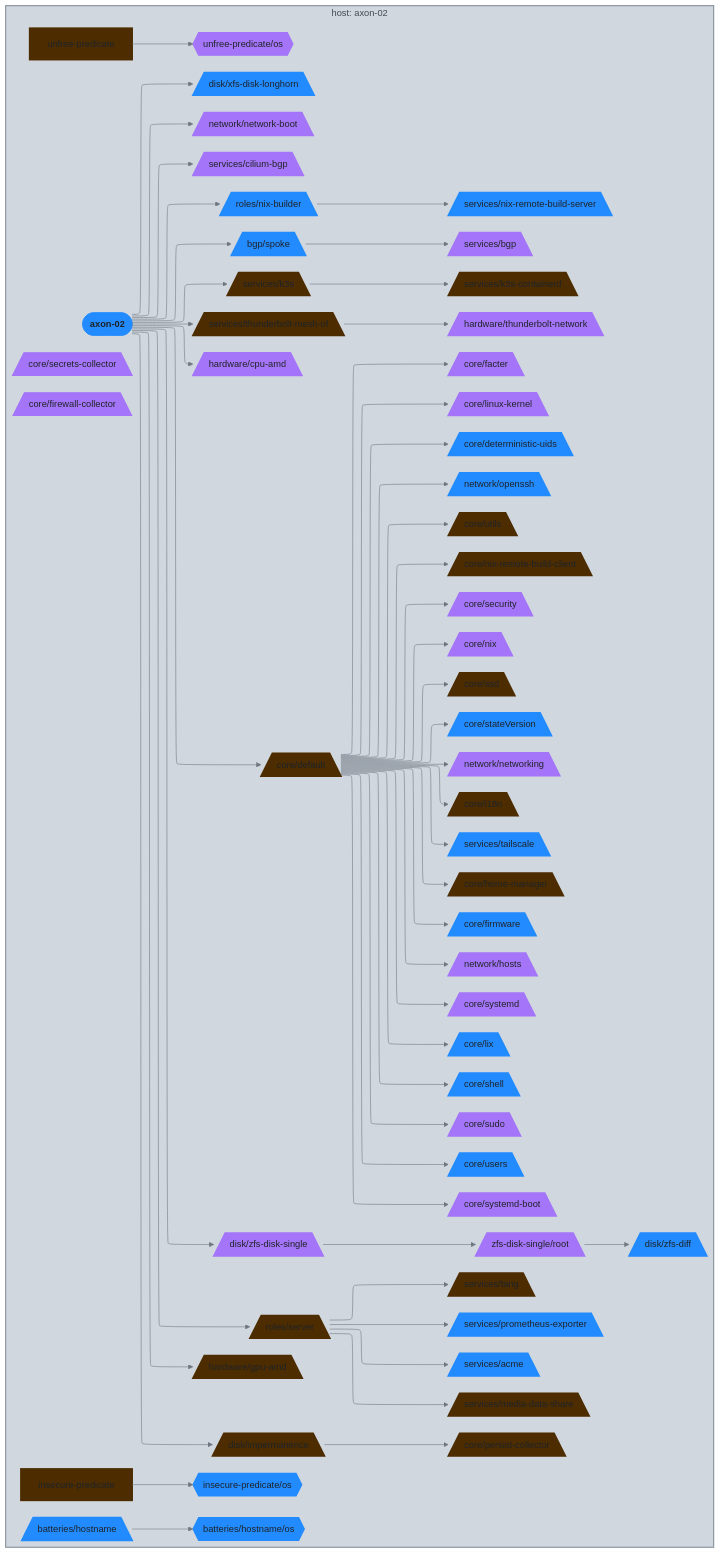
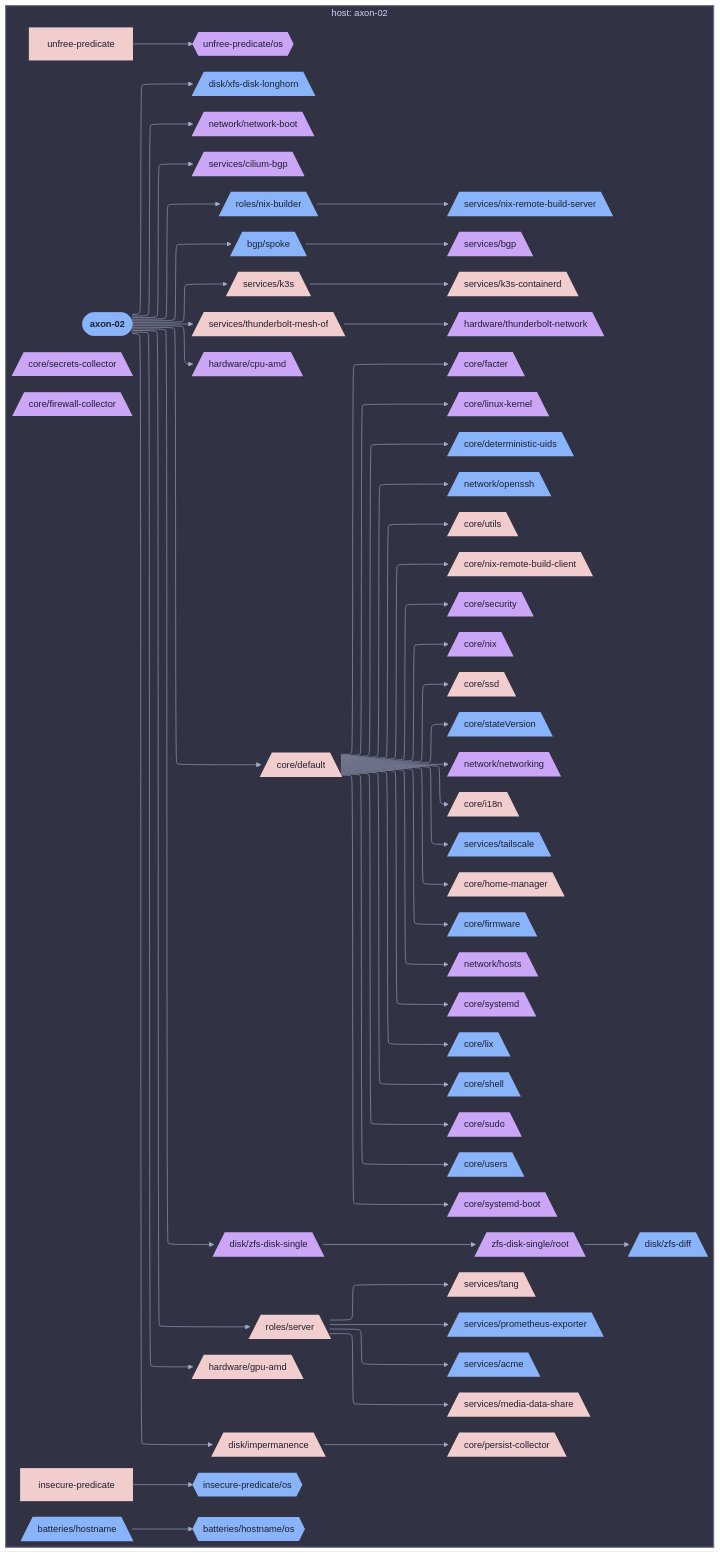
Before and after one commit to sini/nix-config: the diagram in diagrams/hosts/axon-02/class-nixos.md, drawn with Mermaid. The commit also changed 142 other files, not shown here.

First line of the commit message:
feat(diagrams): use projectScope for per-host/user views

````diff
--- a/diagrams/hosts/axon-02/class-nixos.md
+++ b/diagrams/hosts/axon-02/class-nixos.md
@@ -5,5 +5,5 @@
 ```mermaid
-%%{init: {"elk":{"mergeEdges":true,"nodePlacementStrategy":"BRANDES_KOEPF"},"flowchart":{"wrappingWidth":600},"layout":"elk","theme":"base","themeVariables":{"activationBkgColor":"#d0d7de","activationBorderColor":"#8c959f","actorBkg":"#d0d7de","actorBorder":"#6e7781","actorLineColor":"#6e7781","actorTextColor":"#424a53","background":"#eaeef2","classText":"#424a53","clusterBkg":"#d0d7de","clusterBorder":"#8c959f","edgeLabelBackground":"#eaeef2","labelBoxBkgColor":"#d0d7de","labelBoxBorderColor":"#6e7781","labelTextColor":"#424a53","lineColor":"#6e7781","loopTextColor":"#424a53","mainBkg":"#d0d7de","nodeBkg":"#d0d7de","nodeBorder":"#6e7781","nodeTextColor":"#424a53","noteBkgColor":"#d0d7de","noteBorderColor":"#8c959f","noteTextColor":"#424a53","pie1":"#fa4549","pie2":"#e16f24","pie3":"#bf8700","pie4":"#2da44e","pie5":"#339D9B","pie6":"#218bff","pie7":"#a475f9","pie8":"#4d2d00","pieLegendTextColor":"#424a53","pieOuterStrokeColor":"#8c959f","pieSectionTextColor":"#424a53","pieStrokeColor":"#8c959f","pieTitleTextColor":"#424a53","primaryBorderColor":"#6e7781","primaryColor":"#d0d7de","primaryTextColor":"#424a53","secondBkg":"#d0d7de","secondaryBorderColor":"#8c959f","secondaryColor":"#d0d7de","secondaryTextColor":"#424a53","sequenceNumberColor":"#eaeef2","signalColor":"#6e7781","signalTextColor":"#424a53","tertiaryBorderColor":"#8c959f","tertiaryColor":"#d0d7de","tertiaryTextColor":"#424a53","textColor":"#424a53","titleColor":"#424a53"}}}%%
+%%{init: {"elk":{"mergeEdges":true,"nodePlacementStrategy":"BRANDES_KOEPF"},"flowchart":{"wrappingWidth":600},"layout":"elk","theme":"base","themeVariables":{"activationBkgColor":"#313244","activationBorderColor":"#6c7086","actorBkg":"#313244","actorBorder":"#a6adc8","actorLineColor":"#a6adc8","actorTextColor":"#cdd6f4","background":"#1e1e2e","classText":"#cdd6f4","clusterBkg":"#313244","clusterBorder":"#6c7086","edgeLabelBackground":"#1e1e2e","labelBoxBkgColor":"#313244","labelBoxBorderColor":"#a6adc8","labelTextColor":"#cdd6f4","lineColor":"#a6adc8","loopTextColor":"#cdd6f4","mainBkg":"#313244","nodeBkg":"#313244","nodeBorder":"#a6adc8","nodeTextColor":"#cdd6f4","noteBkgColor":"#313244","noteBorderColor":"#6c7086","noteTextColor":"#cdd6f4","pie1":"#f38ba8","pie2":"#fab387","pie3":"#f9e2af","pie4":"#a6e3a1","pie5":"#94e2d5","pie6":"#89b4fa","pie7":"#cba6f7","pie8":"#f2cdcd","pieLegendTextColor":"#cdd6f4","pieOuterStrokeColor":"#6c7086","pieSectionTextColor":"#cdd6f4","pieStrokeColor":"#6c7086","pieTitleTextColor":"#cdd6f4","primaryBorderColor":"#a6adc8","primaryColor":"#313244","primaryTextColor":"#cdd6f4","secondBkg":"#313244","secondaryBorderColor":"#6c7086","secondaryColor":"#313244","secondaryTextColor":"#cdd6f4","sequenceNumberColor":"#1e1e2e","signalColor":"#a6adc8","signalTextColor":"#cdd6f4","tertiaryBorderColor":"#6c7086","tertiaryColor":"#313244","tertiaryTextColor":"#cdd6f4","textColor":"#cdd6f4","titleColor":"#cdd6f4"}}}%%
 graph LR
   axon_02([axon-02]):::root
 
@@ -114,67 +114,67 @@
   end
 
 
-  classDef root fill:#218bff,stroke:#218bff,color:#1f2328,font-weight:bold
-  classDef services__acme_c fill:#218bff,stroke:#218bff,color:#1f2328,stroke-width:3px
-  classDef axon_02_c fill:#a475f9,stroke:#a475f9,color:#1f2328,stroke-width:3px
-  classDef services__bgp_c fill:#a475f9,stroke:#a475f9,color:#1f2328,stroke-width:3px
-  classDef services__cilium_bgp_c fill:#a475f9,stroke:#a475f9,color:#1f2328,stroke-width:3px
-  classDef core_c fill:#bf8700,stroke:#bf8700,color:#1f2328,stroke-dasharray: 3 3,stroke-width:1px
-  classDef hardware__cpu_amd_c fill:#a475f9,stroke:#a475f9,color:#1f2328,stroke-width:3px
-  classDef core__default_c fill:#4d2d00,stroke:#4d2d00,color:#1f2328,stroke-width:3px
-  classDef core__deterministic_uids_c fill:#218bff,stroke:#218bff,color:#1f2328,stroke-width:3px
-  classDef disk_c fill:#2da44e,stroke:#2da44e,color:#1f2328,stroke-dasharray: 3 3,stroke-width:1px
-  classDef core__facter_c fill:#a475f9,stroke:#a475f9,color:#1f2328,stroke-width:3px
-  classDef core__firewall_collector_c fill:#a475f9,stroke:#a475f9,color:#1f2328,stroke-width:2px
-  classDef core__firmware_c fill:#218bff,stroke:#218bff,color:#1f2328,stroke-width:3px
-  classDef hardware__gpu_amd_c fill:#4d2d00,stroke:#4d2d00,color:#1f2328,stroke-width:3px
-  classDef hardware_c fill:#2da44e,stroke:#2da44e,color:#1f2328,stroke-dasharray: 3 3,stroke-width:1px
-  classDef core__home_manager_c fill:#4d2d00,stroke:#4d2d00,color:#1f2328,stroke-width:3px
-  classDef den__batteries__hostname_c fill:#218bff,stroke:#218bff,color:#1f2328,stroke-width:3px
-  classDef den__batteries__hostname__os_c fill:#218bff,stroke:#218bff,color:#1f2328,stroke-width:2px
-  classDef network__hosts_c fill:#a475f9,stroke:#a475f9,color:#1f2328,stroke-width:3px
-  classDef core__i18n_c fill:#4d2d00,stroke:#4d2d00,color:#1f2328,stroke-width:3px
-  classDef disk__impermanence_c fill:#4d2d00,stroke:#4d2d00,color:#1f2328,stroke-width:3px
-  classDef insecure_predicate_c fill:#4d2d00,stroke:#4d2d00,color:#1f2328,stroke-width:3px
-  classDef insecure_predicate__os_c fill:#218bff,stroke:#218bff,color:#1f2328,stroke-width:2px
-  classDef services__k3s_c fill:#4d2d00,stroke:#4d2d00,color:#1f2328,stroke-width:3px
-  classDef services__k3s_containerd_c fill:#4d2d00,stroke:#4d2d00,color:#1f2328,stroke-width:3px
-  classDef core__linux_kernel_c fill:#a475f9,stroke:#a475f9,color:#1f2328,stroke-width:3px
-  classDef core__lix_c fill:#218bff,stroke:#218bff,color:#1f2328,stroke-width:3px
-  classDef services__media_data_share_c fill:#4d2d00,stroke:#4d2d00,color:#1f2328,stroke-width:3px
-  classDef network_c fill:#e16f24,stroke:#e16f24,color:#1f2328,stroke-dasharray: 3 3,stroke-width:1px
-  classDef network__network_boot_c fill:#a475f9,stroke:#a475f9,color:#1f2328,stroke-width:3px
-  classDef network__networking_c fill:#a475f9,stroke:#a475f9,color:#1f2328,stroke-width:3px
-  classDef core__nix_c fill:#a475f9,stroke:#a475f9,color:#1f2328,stroke-width:3px
-  classDef roles__nix_builder_c fill:#218bff,stroke:#218bff,color:#1f2328,stroke-width:3px
-  classDef core__nix_remote_build_client_c fill:#4d2d00,stroke:#4d2d00,color:#1f2328,stroke-width:3px
-  classDef services__nix_remote_build_server_c fill:#218bff,stroke:#218bff,color:#1f2328,stroke-width:3px
-  classDef network__openssh_c fill:#218bff,stroke:#218bff,color:#1f2328,stroke-width:3px
-  classDef core__persist_collector_c fill:#4d2d00,stroke:#4d2d00,color:#1f2328,stroke-width:3px
-  classDef services__prometheus_exporter_c fill:#218bff,stroke:#218bff,color:#1f2328,stroke-width:3px
-  classDef roles_c fill:#2da44e,stroke:#2da44e,color:#1f2328,stroke-dasharray: 3 3,stroke-width:1px
-  classDef disk__zfs_disk_single__root_c fill:#a475f9,stroke:#a475f9,color:#1f2328,stroke-width:3px
-  classDef core__secrets_collector_c fill:#a475f9,stroke:#a475f9,color:#1f2328,stroke-width:2px
-  classDef core__security_c fill:#a475f9,stroke:#a475f9,color:#1f2328,stroke-width:3px
-  classDef roles__server_c fill:#4d2d00,stroke:#4d2d00,color:#1f2328,stroke-width:3px
-  classDef services_c fill:#2da44e,stroke:#2da44e,color:#1f2328,stroke-dasharray: 3 3,stroke-width:1px
-  classDef core__shell_c fill:#218bff,stroke:#218bff,color:#1f2328,stroke-width:3px
-  classDef services__bgp__spoke_c fill:#218bff,stroke:#218bff,color:#1f2328,stroke-width:3px
-  classDef core__ssd_c fill:#4d2d00,stroke:#4d2d00,color:#1f2328,stroke-width:3px
-  classDef core__stateVersion_c fill:#218bff,stroke:#218bff,color:#1f2328,stroke-width:3px
-  classDef core__sudo_c fill:#a475f9,stroke:#a475f9,color:#1f2328,stroke-width:3px
-  classDef core__systemd_c fill:#a475f9,stroke:#a475f9,color:#1f2328,stroke-width:3px
-  classDef core__systemd_boot_c fill:#a475f9,stroke:#a475f9,color:#1f2328,stroke-width:3px
-  classDef services__tailscale_c fill:#218bff,stroke:#218bff,color:#1f2328,stroke-width:3px
-  classDef services__tang_c fill:#4d2d00,stroke:#4d2d00,color:#1f2328,stroke-width:3px
-  classDef services__thunderbolt_mesh_of_c fill:#4d2d00,stroke:#4d2d00,color:#1f2328,stroke-width:3px
-  classDef hardware__thunderbolt_network_c fill:#a475f9,stroke:#a475f9,color:#1f2328,stroke-width:3px
-  classDef unfree_predicate_c fill:#4d2d00,stroke:#4d2d00,color:#1f2328,stroke-width:3px
-  classDef unfree_predicate__os_c fill:#a475f9,stroke:#a475f9,color:#1f2328,stroke-width:2px
-  classDef core__users_c fill:#218bff,stroke:#218bff,color:#1f2328,stroke-width:3px
-  classDef core__utils_c fill:#4d2d00,stroke:#4d2d00,color:#1f2328,stroke-width:3px
-  classDef disk__xfs_disk_longhorn_c fill:#218bff,stroke:#218bff,color:#1f2328,stroke-width:3px
-  classDef disk__zfs_diff_c fill:#218bff,stroke:#218bff,color:#1f2328,stroke-width:3px
-  classDef disk__zfs_disk_single_c fill:#a475f9,stroke:#a475f9,color:#1f2328,stroke-width:3px
-style ctx_host_axon_02 fill:#d0d7de,stroke:#8c959f,stroke-width:2px
+  classDef root fill:#89b4fa,stroke:#89b4fa,color:#1e1e2e,font-weight:bold
+  classDef services__acme_c fill:#89b4fa,stroke:#89b4fa,color:#1e1e2e,stroke-width:3px
+  classDef axon_02_c fill:#cba6f7,stroke:#cba6f7,color:#1e1e2e,stroke-width:3px
+  classDef services__bgp_c fill:#cba6f7,stroke:#cba6f7,color:#1e1e2e,stroke-width:3px
+  classDef services__cilium_bgp_c fill:#cba6f7,stroke:#cba6f7,color:#1e1e2e,stroke-width:3px
+  classDef core_c fill:#f9e2af,stroke:#f9e2af,color:#1e1e2e,stroke-dasharray: 3 3,stroke-width:1px
+  classDef hardware__cpu_amd_c fill:#cba6f7,stroke:#cba6f7,color:#1e1e2e,stroke-width:3px
+  classDef core__default_c fill:#f2cdcd,stroke:#f2cdcd,color:#1e1e2e,stroke-width:3px
+  classDef core__deterministic_uids_c fill:#89b4fa,stroke:#89b4fa,color:#1e1e2e,stroke-width:3px
+  classDef disk_c fill:#a6e3a1,stroke:#a6e3a1,color:#1e1e2e,stroke-dasharray: 3 3,stroke-width:1px
+  classDef core__facter_c fill:#cba6f7,stroke:#cba6f7,color:#1e1e2e,stroke-width:3px
+  classDef core__firewall_collector_c fill:#cba6f7,stroke:#cba6f7,color:#1e1e2e,stroke-width:2px
+  classDef core__firmware_c fill:#89b4fa,stroke:#89b4fa,color:#1e1e2e,stroke-width:3px
+  classDef hardware__gpu_amd_c fill:#f2cdcd,stroke:#f2cdcd,color:#1e1e2e,stroke-width:3px
+  classDef hardware_c fill:#a6e3a1,stroke:#a6e3a1,color:#1e1e2e,stroke-dasharray: 3 3,stroke-width:1px
+  classDef core__home_manager_c fill:#f2cdcd,stroke:#f2cdcd,color:#1e1e2e,stroke-width:3px
+  classDef den__batteries__hostname_c fill:#89b4fa,stroke:#89b4fa,color:#1e1e2e,stroke-width:3px
+  classDef den__batteries__hostname__os_c fill:#89b4fa,stroke:#89b4fa,color:#1e1e2e,stroke-width:2px
+  classDef network__hosts_c fill:#cba6f7,stroke:#cba6f7,color:#1e1e2e,stroke-width:3px
+  classDef core__i18n_c fill:#f2cdcd,stroke:#f2cdcd,color:#1e1e2e,stroke-width:3px
+  classDef disk__impermanence_c fill:#f2cdcd,stroke:#f2cdcd,color:#1e1e2e,stroke-width:3px
+  classDef insecure_predicate_c fill:#f2cdcd,stroke:#f2cdcd,color:#1e1e2e,stroke-width:3px
+  classDef insecure_predicate__os_c fill:#89b4fa,stroke:#89b4fa,color:#1e1e2e,stroke-width:2px
+  classDef services__k3s_c fill:#f2cdcd,stroke:#f2cdcd,color:#1e1e2e,stroke-width:3px
+  classDef services__k3s_containerd_c fill:#f2cdcd,stroke:#f2cdcd,color:#1e1e2e,stroke-width:3px
+  classDef core__linux_kernel_c fill:#cba6f7,stroke:#cba6f7,color:#1e1e2e,stroke-width:3px
+  classDef core__lix_c fill:#89b4fa,stroke:#89b4fa,color:#1e1e2e,stroke-width:3px
+  classDef services__media_data_share_c fill:#f2cdcd,stroke:#f2cdcd,color:#1e1e2e,stroke-width:3px
+  classDef network_c fill:#fab387,stroke:#fab387,color:#1e1e2e,stroke-dasharray: 3 3,stroke-width:1px
+  classDef network__network_boot_c fill:#cba6f7,stroke:#cba6f7,color:#1e1e2e,stroke-width:3px
+  classDef network__networking_c fill:#cba6f7,stroke:#cba6f7,color:#1e1e2e,stroke-width:3px
+  classDef core__nix_c fill:#cba6f7,stroke:#cba6f7,color:#1e1e2e,stroke-width:3px
+  classDef roles__nix_builder_c fill:#89b4fa,stroke:#89b4fa,color:#1e1e2e,stroke-width:3px
+  classDef core__nix_remote_build_client_c fill:#f2cdcd,stroke:#f2cdcd,color:#1e1e2e,stroke-width:3px
+  classDef services__nix_remote_build_server_c fill:#89b4fa,stroke:#89b4fa,color:#1e1e2e,stroke-width:3px
+  classDef network__openssh_c fill:#89b4fa,stroke:#89b4fa,color:#1e1e2e,stroke-width:3px
+  classDef core__persist_collector_c fill:#f2cdcd,stroke:#f2cdcd,color:#1e1e2e,stroke-width:3px
+  classDef services__prometheus_exporter_c fill:#89b4fa,stroke:#89b4fa,color:#1e1e2e,stroke-width:3px
+  classDef roles_c fill:#a6e3a1,stroke:#a6e3a1,color:#1e1e2e,stroke-dasharray: 3 3,stroke-width:1px
+  classDef disk__zfs_disk_single__root_c fill:#cba6f7,stroke:#cba6f7,color:#1e1e2e,stroke-width:3px
+  classDef core__secrets_collector_c fill:#cba6f7,stroke:#cba6f7,color:#1e1e2e,stroke-width:2px
+  classDef core__security_c fill:#cba6f7,stroke:#cba6f7,color:#1e1e2e,stroke-width:3px
+  classDef roles__server_c fill:#f2cdcd,stroke:#f2cdcd,color:#1e1e2e,stroke-width:3px
+  classDef services_c fill:#a6e3a1,stroke:#a6e3a1,color:#1e1e2e,stroke-dasharray: 3 3,stroke-width:1px
+  classDef core__shell_c fill:#89b4fa,stroke:#89b4fa,color:#1e1e2e,stroke-width:3px
+  classDef services__bgp__spoke_c fill:#89b4fa,stroke:#89b4fa,color:#1e1e2e,stroke-width:3px
+  classDef core__ssd_c fill:#f2cdcd,stroke:#f2cdcd,color:#1e1e2e,stroke-width:3px
+  classDef core__stateVersion_c fill:#89b4fa,stroke:#89b4fa,color:#1e1e2e,stroke-width:3px
+  classDef core__sudo_c fill:#cba6f7,stroke:#cba6f7,color:#1e1e2e,stroke-width:3px
+  classDef core__systemd_c fill:#cba6f7,stroke:#cba6f7,color:#1e1e2e,stroke-width:3px
+  classDef core__systemd_boot_c fill:#cba6f7,stroke:#cba6f7,color:#1e1e2e,stroke-width:3px
+  classDef services__tailscale_c fill:#89b4fa,stroke:#89b4fa,color:#1e1e2e,stroke-width:3px
+  classDef services__tang_c fill:#f2cdcd,stroke:#f2cdcd,color:#1e1e2e,stroke-width:3px
+  classDef services__thunderbolt_mesh_of_c fill:#f2cdcd,stroke:#f2cdcd,color:#1e1e2e,stroke-width:3px
+  classDef hardware__thunderbolt_network_c fill:#cba6f7,stroke:#cba6f7,color:#1e1e2e,stroke-width:3px
+  classDef unfree_predicate_c fill:#f2cdcd,stroke:#f2cdcd,color:#1e1e2e,stroke-width:3px
+  classDef unfree_predicate__os_c fill:#cba6f7,stroke:#cba6f7,color:#1e1e2e,stroke-width:2px
+  classDef core__users_c fill:#89b4fa,stroke:#89b4fa,color:#1e1e2e,stroke-width:3px
+  classDef core__utils_c fill:#f2cdcd,stroke:#f2cdcd,color:#1e1e2e,stroke-width:3px
+  classDef disk__xfs_disk_longhorn_c fill:#89b4fa,stroke:#89b4fa,color:#1e1e2e,stroke-width:3px
+  classDef disk__zfs_diff_c fill:#89b4fa,stroke:#89b4fa,color:#1e1e2e,stroke-width:3px
+  classDef disk__zfs_disk_single_c fill:#cba6f7,stroke:#cba6f7,color:#1e1e2e,stroke-width:3px
+style ctx_host_axon_02 fill:#313244,stroke:#6c7086,stroke-width:2px
 ```
````
